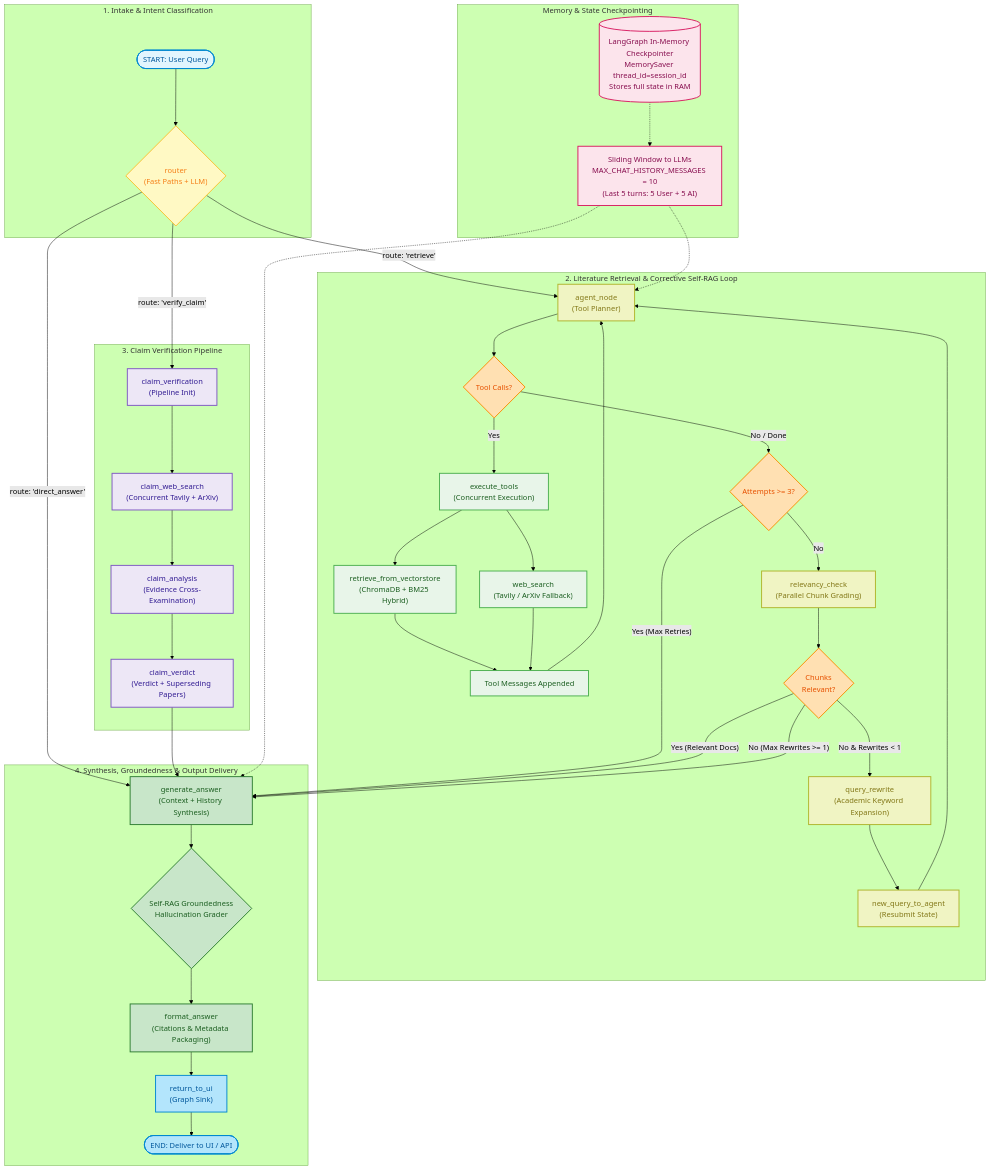
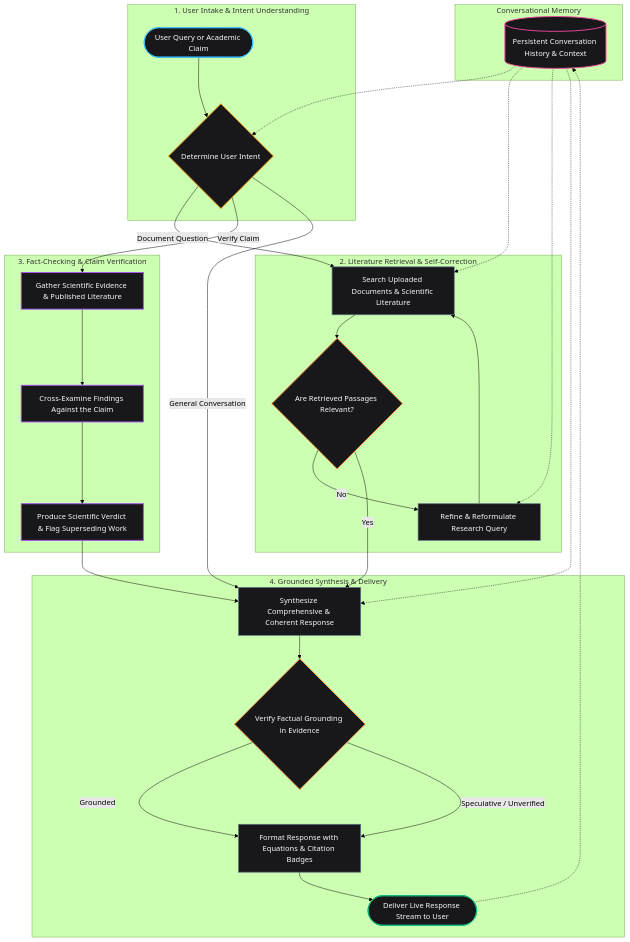
The diagram in README.md (Aryanupadhyay23/conversational-research-rag), drawn with Mermaid (forest theme) before and after one commit. The commit also changed other lines of this file and 52 other files, not shown here.

````diff
--- a/README.md
+++ b/README.md
@@ -56,86 +53,72 @@
 ```mermaid
 flowchart TD
     %% Styling Classes
-    classDef inputNode fill:#E1F5FE,stroke:#0288D1,stroke-width:2px,color:#01579B;
-    classDef routerNode fill:#FFF9C4,stroke:#FBC02D,stroke-width:2px,color:#F57F17;
-    classDef agentNode fill:#F0F4C3,stroke:#AFB42B,stroke-width:2px,color:#827717;
-    classDef toolNode fill:#E8F5E9,stroke:#4CAF50,stroke-width:2px,color:#1B5E20;
-    classDef claimNode fill:#EDE7F6,stroke:#7E57C2,stroke-width:2px,color:#311B92;
-    classDef decisionNode fill:#FFE0B2,stroke:#FB8C00,stroke-width:2px,color:#E65100;
-    classDef synthNode fill:#C8E6C9,stroke:#2E7D32,stroke-width:2px,color:#1B5E20;
-    classDef outputNode fill:#B3E5FC,stroke:#0288D1,stroke-width:2px,color:#01579B;
-    classDef memNode fill:#FCE4EC,stroke:#D81B60,stroke-width:2px,color:#880E4F;
+    classDef startNode fill:#18181B,stroke:#38BDF8,stroke-width:2px,color:#F8FAFC;
+    classDef routerNode fill:#18181B,stroke:#F59E0B,stroke-width:2px,color:#F8FAFC;
+    classDef processNode fill:#18181B,stroke:#64748B,stroke-width:1.5px,color:#F8FAFC;
+    classDef decisionNode fill:#18181B,stroke:#FB923C,stroke-width:2px,color:#F8FAFC;
+    classDef claimNode fill:#18181B,stroke:#A855F7,stroke-width:2px,color:#F8FAFC;
+    classDef successNode fill:#18181B,stroke:#10B981,stroke-width:2px,color:#F8FAFC;
+    classDef memoryNode fill:#18181B,stroke:#EC4899,stroke-width:2px,color:#F8FAFC;
 
-    subgraph MEMORY["Memory & State Checkpointing"]
-        MEM[("LangGraph In-Memory Checkpointer<br/>MemorySaver thread_id=session_id<br/>Stores full state in RAM")]:::memNode
-        WIN["Sliding Window to LLMs<br/>MAX_CHAT_HISTORY_MESSAGES = 10<br/>(Last 5 turns: 5 User + 5 AI)"]:::memNode
-        MEM -.-> WIN
+    %% Memory Subgraph
+    subgraph CONVERSATION_MEMORY["Conversational Memory"]
+        MEM[("Persistent Conversation History & Context")]:::memoryNode
     end
 
-    subgraph INTAKE["1. Intake & Intent Classification"]
-        A(["START: User Query"]):::inputNode --> B{"router<br/>(Fast Paths + LLM)"}:::routerNode
+    %% Intake & Intent
+    subgraph INTAKE["1. User Intake & Intent Understanding"]
+        START(["User Query or Academic Claim"]):::startNode
+        ROUTER{"Determine User Intent"}:::routerNode
+        START --> ROUTER
     end
 
-    subgraph RETRIEVAL["2. Literature Retrieval & Corrective Self-RAG Loop"]
-        C["agent_node<br/>(Tool Planner)"]:::agentNode
-        E{"Tool Calls?"}:::decisionNode
-        F["execute_tools<br/>(Concurrent Execution)"]:::toolNode
-        F1["retrieve_from_vectorstore<br/>(ChromaDB + BM25 Hybrid)"]:::toolNode
-        F2["web_search<br/>(Tavily / ArXiv Fallback)"]:::toolNode
-        G["Tool Messages Appended"]:::toolNode
-        J{"Attempts >= 3?"}:::decisionNode
-        I["relevancy_check<br/>(Parallel Chunk Grading)"]:::agentNode
-        K{"Chunks<br/>Relevant?"}:::decisionNode
-        L["query_rewrite<br/>(Academic Keyword Expansion)"]:::agentNode
-        M["new_query_to_agent<br/>(Resubmit State)"]:::agentNode
+    %% Document Research Branch
+    subgraph RESEARCH["2. Literature Retrieval & Self-Correction"]
+        SEARCH["Search Uploaded Documents & Scientific Literature"]:::processNode
+        EVAL_DOCS{"Are Retrieved Passages Relevant?"}:::decisionNode
+        REWRITE["Refine & Reformulate Research Query"]:::processNode
 
-        C --> E
-        E -- "Yes" --> F
-        F --> F1 & F2
-        F1 & F2 --> G
-        G --> C
-        
-        E -- "No / Done" --> J
-        J -- "No" --> I
-        I --> K
-        K -- "No & Rewrites < 1" --> L
-        L --> M
-        M --> C
+        SEARCH --> EVAL_DOCS
+        EVAL_DOCS -- "No" --> REWRITE
+        REWRITE --> SEARCH
     end
 
-    subgraph CLAIM_PIPELINE["3. Claim Verification Pipeline"]
-        D["claim_verification<br/>(Pipeline Init)"]:::claimNode
-        D1["claim_web_search<br/>(Concurrent Tavily + ArXiv)"]:::claimNode
-        D2["claim_analysis<br/>(Evidence Cross-Examination)"]:::claimNode
-        D3["claim_verdict<br/>(Verdict + Superseding Papers)"]:::claimNode
+    %% Fact-Checking Branch
+    subgraph FACT_CHECK["3. Fact-Checking & Claim Verification"]
+        FIND_EVIDENCE["Gather Scientific Evidence & Published Literature"]:::claimNode
+        ANALYZE_CLAIM["Cross-Examine Findings Against the Claim"]:::claimNode
+        VERDICT["Produce Scientific Verdict & Flag Superseding Work"]:::claimNode
 
-        D --> D1 --> D2 --> D3
+        FIND_EVIDENCE --> ANALYZE_CLAIM --> VERDICT
     end
 
-    subgraph SYNTHESIS["4. Synthesis, Groundedness & Output Delivery"]
-        H["generate_answer<br/>(Context + History Synthesis)"]:::synthNode
-        S{"Self-RAG Groundedness<br/>Hallucination Grader"}:::synthNode
-        N["format_answer<br/>(Citations & Metadata Packaging)"]:::synthNode
-        O["return_to_ui<br/>(Graph Sink)"]:::outputNode
-        END_NODE(["END: Deliver to UI / API"]):::outputNode
+    %% Synthesis & Delivery
+    subgraph SYNTHESIS["4. Grounded Synthesis & Delivery"]
+        GENERATE["Synthesize Comprehensive & Coherent Response"]:::processNode
+        CHECK_FACTS{"Verify Factual Grounding in Evidence"}:::decisionNode
+        FINALIZE["Format Response with Equations & Citation Badges"]:::processNode
+        OUTPUT(["Deliver Live Response Stream to User"]):::successNode
 
-        H --> S --> N --> O --> END_NODE
+        GENERATE --> CHECK_FACTS
+        CHECK_FACTS -- "Grounded" --> FINALIZE
+        CHECK_FACTS -- "Speculative / Unverified" --> FINALIZE
+        FINALIZE --> OUTPUT
     end
 
-    %% Branch connections from Router
-    B -- "route: 'retrieve'" --> C
-    B -- "route: 'verify_claim'" --> D
-    B -- "route: 'direct_answer'" --> H
+    %% Routing Decisions
+    ROUTER -- "Document Question" --> SEARCH
+    ROUTER -- "Verify Claim" --> FIND_EVIDENCE
+    ROUTER -- "General Conversation" --> GENERATE
 
-    %% Retrieval Exits to Synthesis
-    J -- "Yes (Max Retries)" --> H
-    K -- "Yes (Relevant Docs)" --> H
-    K -- "No (Max Rewrites >= 1)" --> H
+    %% Exits into Synthesis
+    EVAL_DOCS -- "Yes" --> GENERATE
+    VERDICT --> GENERATE
 
-    %% Claim Exit to Synthesis
-    D3 --> H
-
-    %% Memory feeds
-    WIN -.-> C
-    WIN -.-> H
+    %% Memory Interactions
+    MEM -.-> ROUTER
+    MEM -.-> SEARCH
+    MEM -.-> REWRITE
+    MEM -.-> GENERATE
+    OUTPUT -.-> MEM
 ```
````
